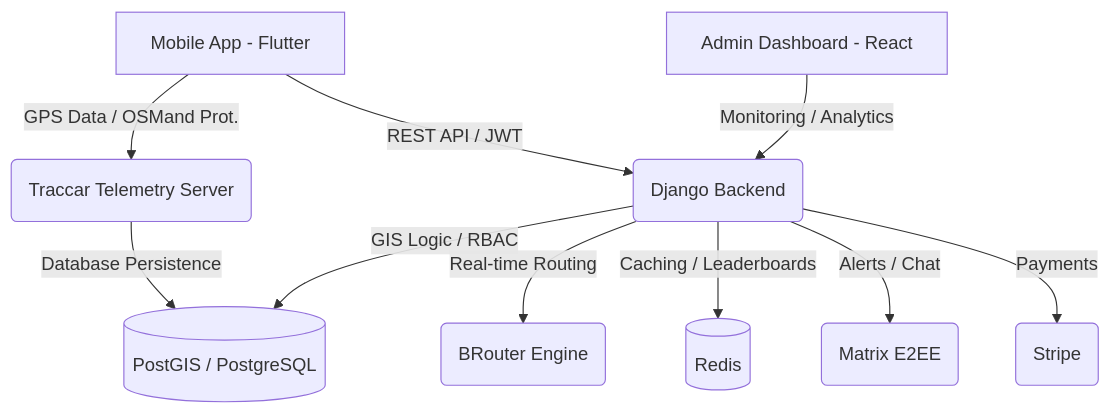
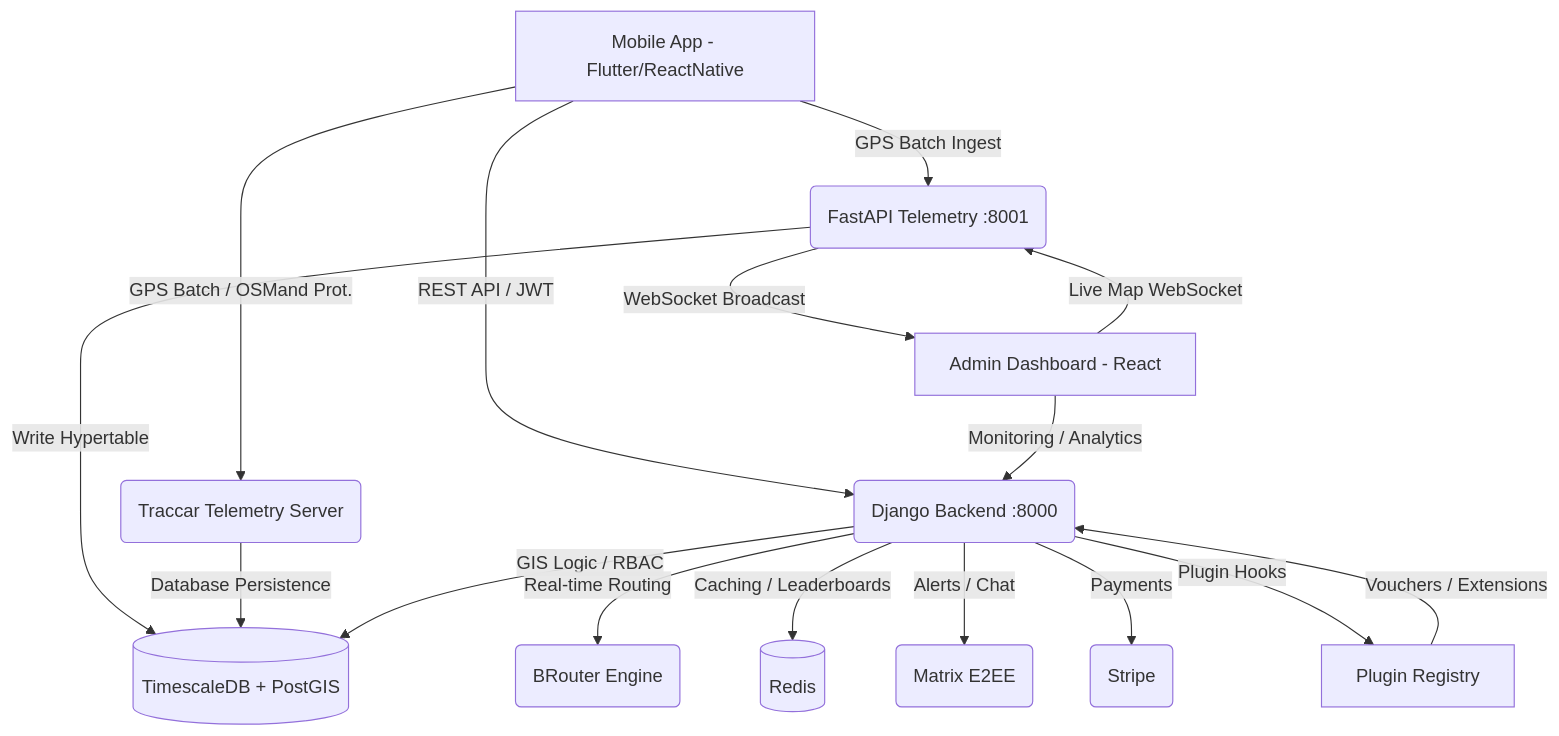
The first of 2 diagrams in docs/sport_technical_documentation.md (karnalooch/stunning-pancake), drawn with Mermaid before and after one commit. The commit also changed other lines of this file and 24 other files, not shown here.

Commit message:
feat: Phase 2 -- Kalman+Viterbi, FastAPI telemetry, Plugin Registry, Matrix provisioner, Events API, OGC, Celery, React Native scaffold, CI, pyproject.toml

````diff
--- a/docs/sport_technical_documentation.md
+++ b/docs/sport_technical_documentation.md
@@ -9,12 +10,18 @@
 ```mermaid
 graph TD
-    A[Mobile App - Flutter] -->|GPS Data / OSMand Prot.| B(Traccar Telemetry Server)
-    A -->|REST API / JWT| C(Django Backend)
-    B -->|Database Persistence| D[(PostGIS / PostgreSQL)]
+    A[Mobile App - Flutter/ReactNative] -->|GPS Batch / OSMand Prot.| B(Traccar Telemetry Server)
+    A -->|REST API / JWT| C(Django Backend :8000)
+    A -->|GPS Batch Ingest| T(FastAPI Telemetry :8001)
+    T -->|Write Hypertable| D[(TimescaleDB + PostGIS)]
+    T -->|WebSocket Broadcast| G
+    B -->|Database Persistence| D
     C -->|GIS Logic / RBAC| D
     C -->|Real-time Routing| E(BRouter Engine)
     C -->|Caching / Leaderboards| F[(Redis)]
     G[Admin Dashboard - React] -->|Monitoring / Analytics| C
+    G -->|Live Map WebSocket| T
     C -->|Alerts / Chat| H(Matrix E2EE)
     C -->|Payments| I(Stripe)
+    C -->|Plugin Hooks| P[Plugin Registry]
+    P -->|Vouchers / Extensions| C
 ```
````
